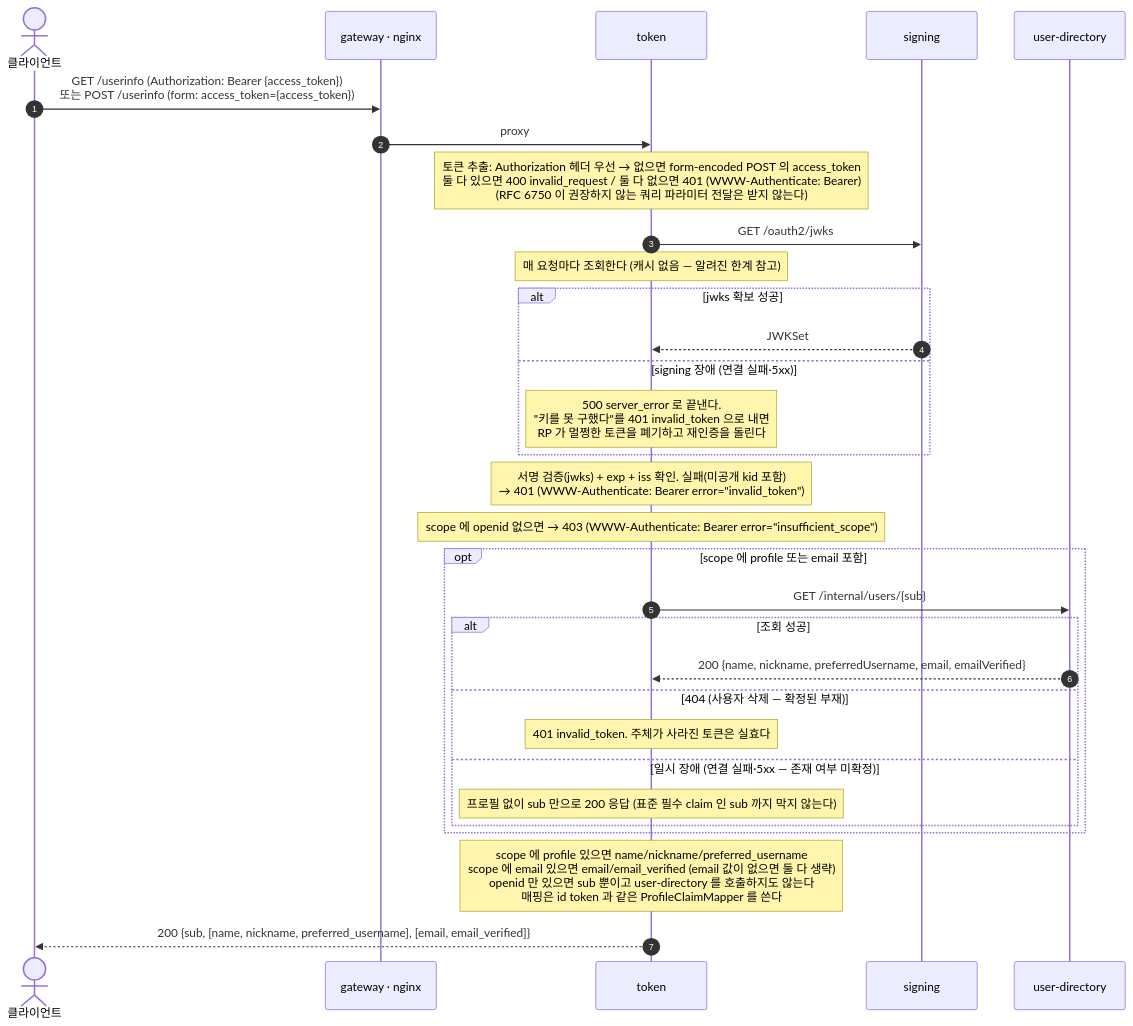
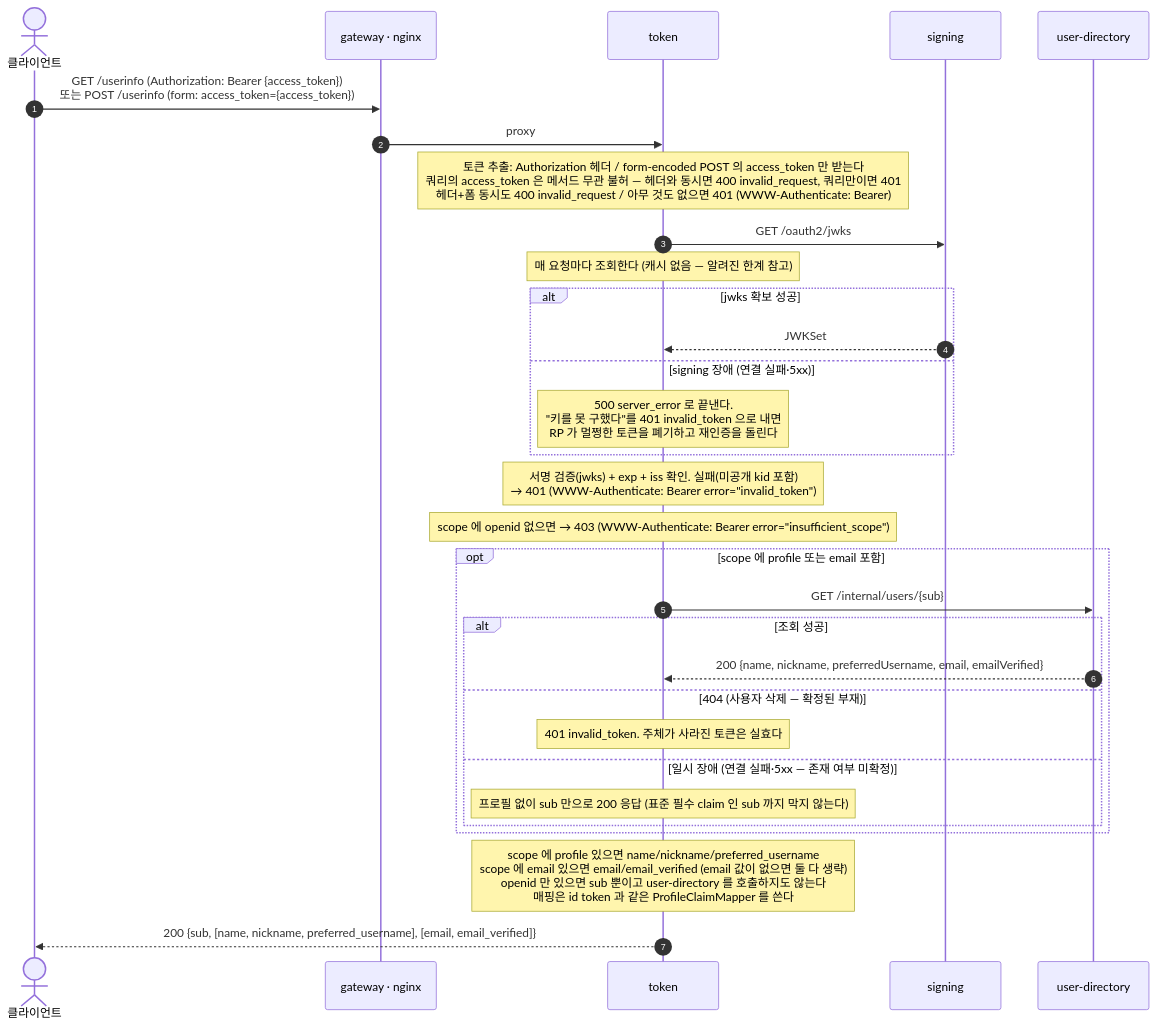
Before and after one commit to starryeye/spring-security: the sixth of 6 diagrams in oauth-2/authorization-server/practice/microservice/README.md, drawn with Mermaid. The commit also changed other lines of this file and 2 other files, not shown here.

Commit message:
microservice: reject query-delivered access token per RFC 6750 and record e2e results

````diff
--- a/oauth-2/authorization-server/practice/microservice/README.md
+++ b/oauth-2/authorization-server/practice/microservice/README.md
@@ -289,35 +296,35 @@
 ```mermaid
 sequenceDiagram
     autonumber
     actor CL as 클라이언트
     participant G as gateway · nginx
     participant T as token
     participant S as signing
     participant U as user-directory
 
     CL->>G: GET /userinfo (Authorization: Bearer {access_token})<br/>또는 POST /userinfo (form: access_token={access_token})
     G->>T: proxy
-    Note over T: 토큰 추출: Authorization 헤더 우선 → 없으면 form-encoded POST 의 access_token<br/>둘 다 있으면 400 invalid_request / 둘 다 없으면 401 (WWW-Authenticate: Bearer)<br/>(RFC 6750 이 권장하지 않는 쿼리 파라미터 전달은 받지 않는다)
+    Note over T: 토큰 추출: Authorization 헤더 / form-encoded POST 의 access_token 만 받는다<br/>쿼리의 access_token 은 메서드 무관 불허 — 헤더와 동시면 400 invalid_request, 쿼리만이면 401<br/>헤더+폼 동시도 400 invalid_request / 아무 것도 없으면 401 (WWW-Authenticate: Bearer)
     T->>S: GET /oauth2/jwks
     Note over T: 매 요청마다 조회한다 (캐시 없음 — 알려진 한계 참고)
     alt jwks 확보 성공
         S-->>T: JWKSet
     else signing 장애 (연결 실패·5xx)
         Note over T: 500 server_error 로 끝낸다.<br/>"키를 못 구했다"를 401 invalid_token 으로 내면<br/>RP 가 멀쩡한 토큰을 폐기하고 재인증을 돌린다
     end
     Note over T: 서명 검증(jwks) + exp + iss 확인. 실패(미공개 kid 포함)<br/>→ 401 (WWW-Authenticate: Bearer error="invalid_token")
     Note over T: scope 에 openid 없으면 → 403 (WWW-Authenticate: Bearer error="insufficient_scope")
 
     opt scope 에 profile 또는 email 포함
         T->>U: GET /internal/users/{sub}
         alt 조회 성공
             U-->>T: 200 {name, nickname, preferredUsername, email, emailVerified}
         else 404 (사용자 삭제 — 확정된 부재)
             Note over T: 401 invalid_token. 주체가 사라진 토큰은 실효다
         else 일시 장애 (연결 실패·5xx — 존재 여부 미확정)
             Note over T: 프로필 없이 sub 만으로 200 응답 (표준 필수 claim 인 sub 까지 막지 않는다)
         end
     end
     Note over T: scope 에 profile 있으면 name/nickname/preferred_username<br/>scope 에 email 있으면 email/email_verified (email 값이 없으면 둘 다 생략)<br/>openid 만 있으면 sub 뿐이고 user-directory 를 호출하지도 않는다<br/>매핑은 id token 과 같은 ProfileClaimMapper 를 쓴다
     T-->>CL: 200 {sub, [name, nickname, preferred_username], [email, email_verified]}
 ```
````
